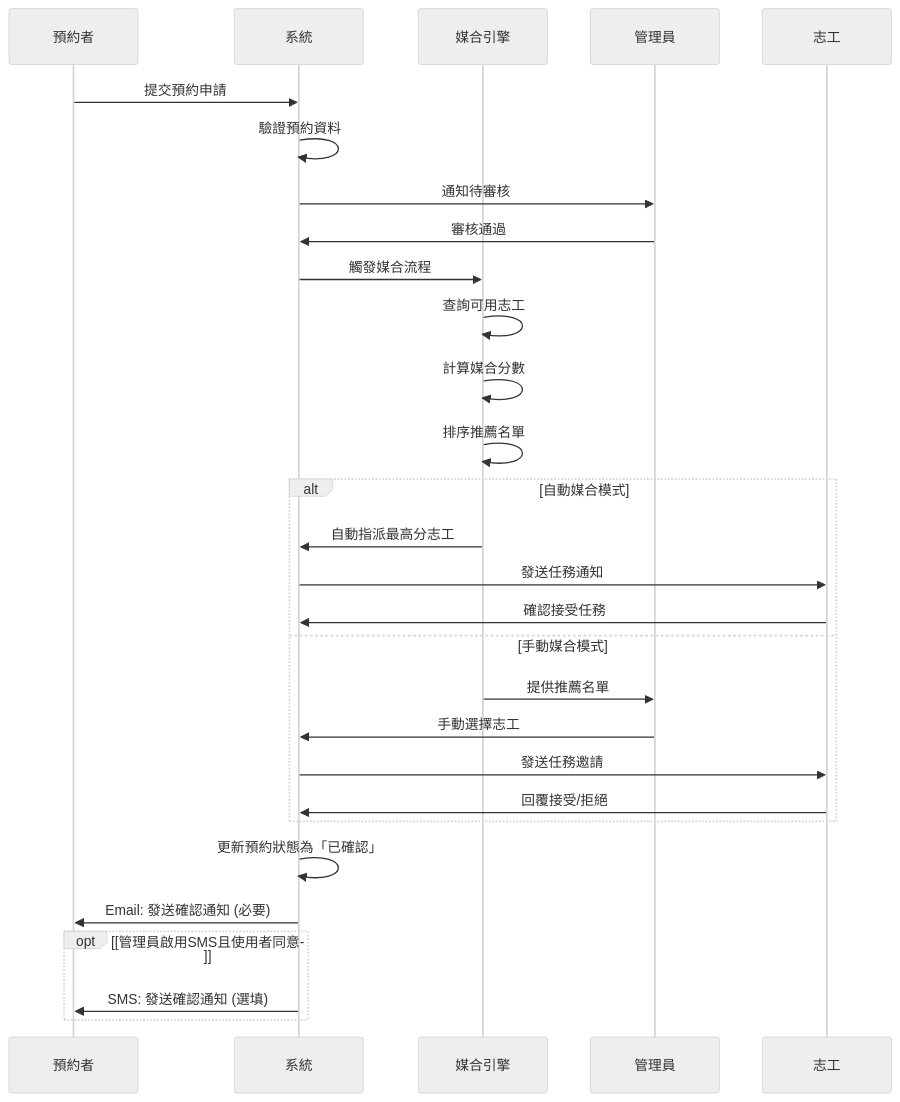
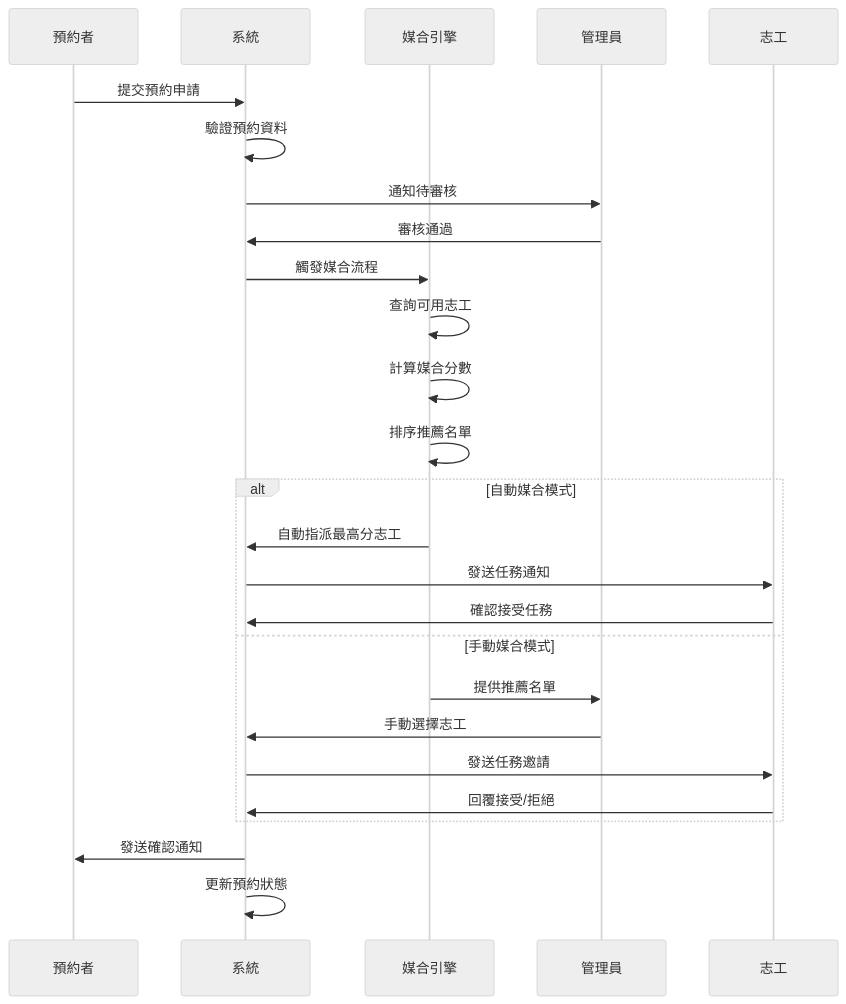
The second of 2 diagrams in README.md (FireJosh/ttfd-civic-tech-2025), drawn with Mermaid (neutral theme) before and after one commit. The commit also changed other lines of this file, not shown here.

````diff
--- a/README.md
+++ b/README.md
@@ -300,35 +269,32 @@
 ```mermaid
 sequenceDiagram
     participant C as 預約者
     participant S as 系統
     participant M as 媒合引擎
     participant A as 管理員
     participant V as 志工
 
     C->>S: 提交預約申請
     S->>S: 驗證預約資料
     S->>A: 通知待審核
     A->>S: 審核通過
     S->>M: 觸發媒合流程
     
     M->>M: 查詢可用志工
     M->>M: 計算媒合分數
     M->>M: 排序推薦名單
     
     alt 自動媒合模式
         M->>S: 自動指派最高分志工
         S->>V: 發送任務通知
         V->>S: 確認接受任務
     else 手動媒合模式
         M->>A: 提供推薦名單
         A->>S: 手動選擇志工
         S->>V: 發送任務邀請
         V->>S: 回覆接受/拒絕
     end
     
-    S->>S: 更新預約狀態為「已確認」
-    S->>C: Email: 發送確認通知 (必要)
-    opt [管理員啟用SMS且使用者同意]
-        S->>C: SMS: 發送確認通知 (選填)
-    end
+    S->>C: 發送確認通知
+    S->>S: 更新預約狀態
 ```
````
